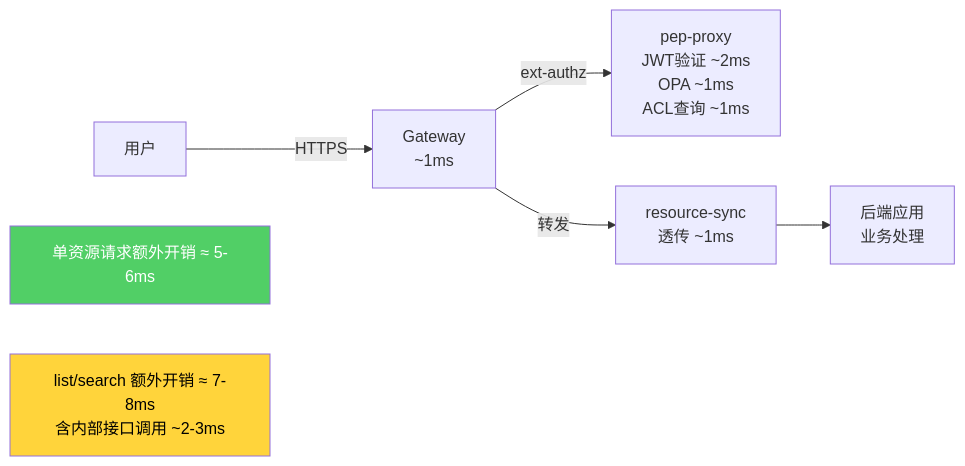
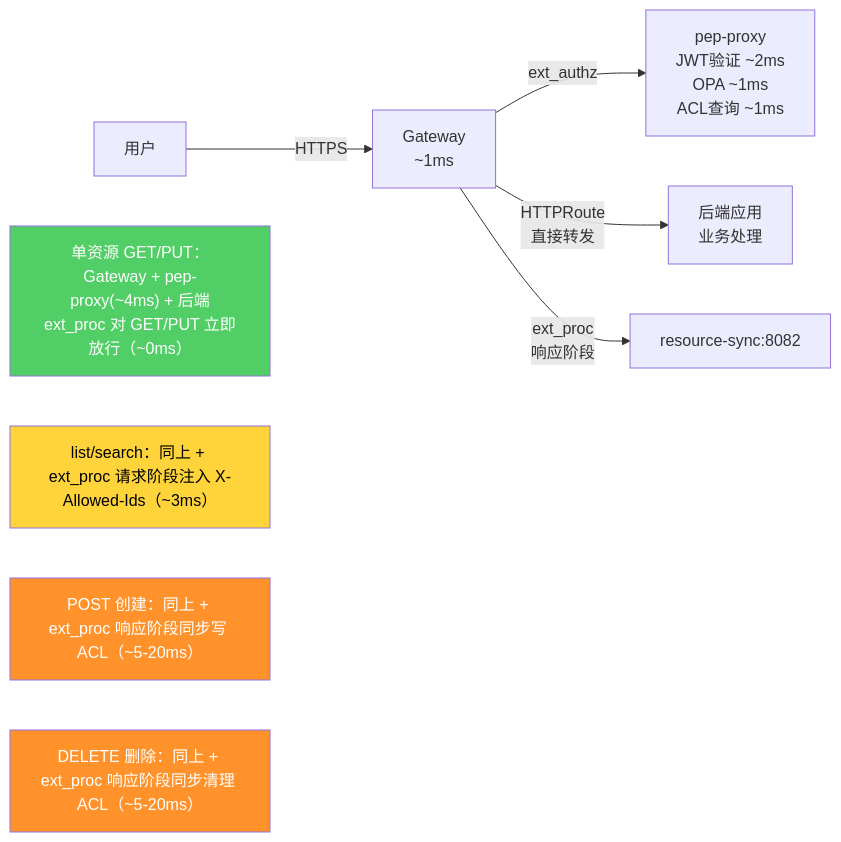
Before and after one commit to xiewanchao/aidp-iam: the seventh of 15 diagrams in diagrams/request-flow.md, drawn with Mermaid. The commit also changed other lines of this file and 5 other files, not shown here.

````diff
--- a/diagrams/request-flow.md
+++ b/diagrams/request-flow.md
@@ -250,13 +266,17 @@
 ```mermaid
 flowchart LR
     U[用户] -->|HTTPS| GW[Gateway<br/>~1ms]
-    GW -->|ext-authz| PEP[pep-proxy<br/>JWT验证 ~2ms<br/>OPA ~1ms<br/>ACL查询 ~1ms]
-    GW -->|转发| RS[resource-sync<br/>透传 ~1ms]
-    RS --> APP[后端应用<br/>业务处理]
+    GW -->|ext_authz| PEP[pep-proxy<br/>JWT验证 ~2ms<br/>OPA ~1ms<br/>ACL查询 ~1ms]
+    GW -->|HTTPRoute<br/>直接转发| APP[后端应用<br/>业务处理]
+    GW -->|ext_proc<br/>响应阶段| EP[resource-sync:8082]
 
-    TOTAL1[单资源请求额外开销 ≈ 5-6ms]
-    TOTAL2[list/search 额外开销 ≈ 7-8ms<br/>含内部接口调用 ~2-3ms]
+    TOTAL1["单资源 GET/PUT：Gateway + pep-proxy(~4ms) + 后端<br/>ext_proc 对 GET/PUT 立即放行（~0ms）"]
+    TOTAL2["list/search：同上 + ext_proc 请求阶段注入 X-Allowed-Ids（~3ms）"]
+    TOTAL3["POST 创建：同上 + ext_proc 响应阶段同步写 ACL（~5-20ms）"]
+    TOTAL4["DELETE 删除：同上 + ext_proc 响应阶段同步清理 ACL（~5-20ms）"]
 
     style TOTAL1 fill:#51cf66,color:#fff
     style TOTAL2 fill:#ffd43b,color:#000
+    style TOTAL3 fill:#ff922b,color:#fff
+    style TOTAL4 fill:#ff922b,color:#fff
 ```
````
